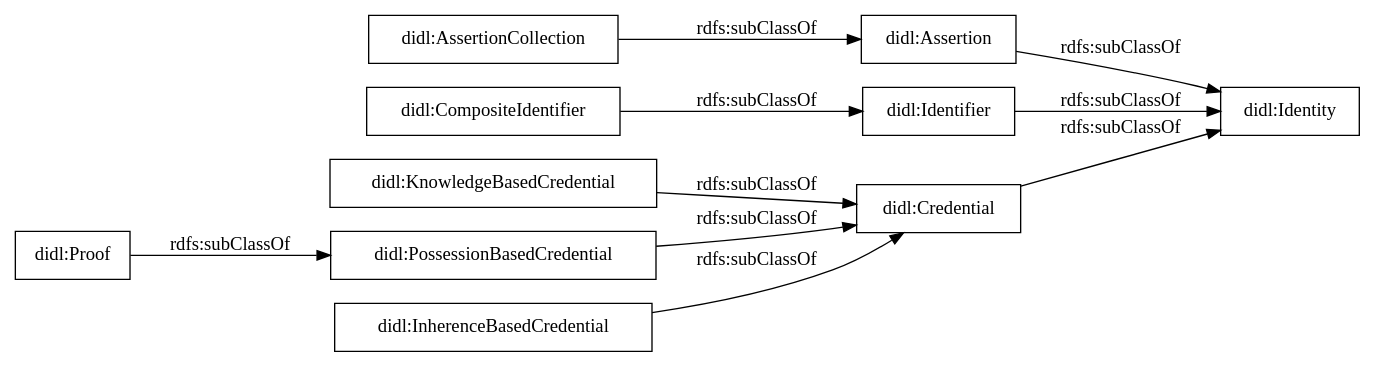
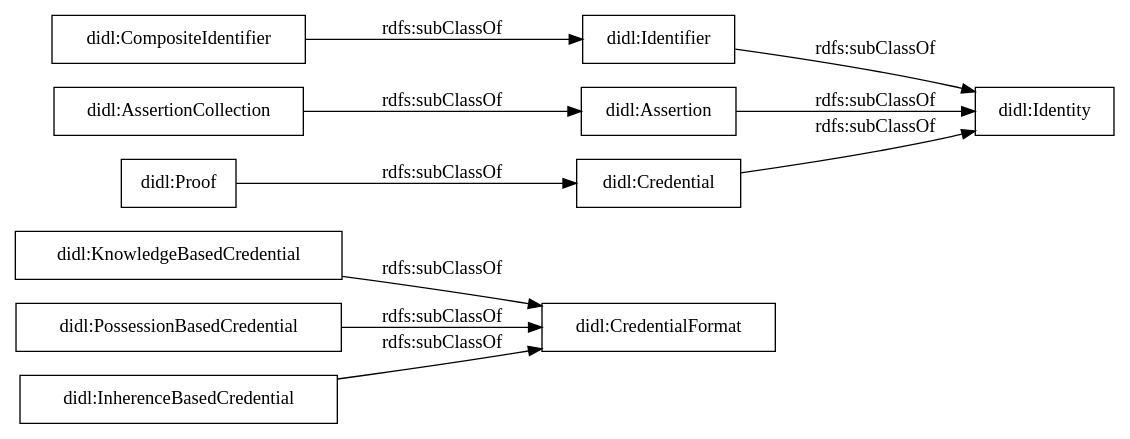
The diagram in OnToology/didl.ttl/diagrams/ar2dtool-taxonomy/didl.ttl.png.dot (jiahang-chen/didl), drawn with Graphviz before and after one commit. The commit also changed 12 other files, not shown here.

```diff
--- a/OnToology/didl.ttl/diagrams/ar2dtool-taxonomy/didl.ttl.png.dot
+++ b/OnToology/didl.ttl/diagrams/ar2dtool-taxonomy/didl.ttl.png.dot
@@ -1,15 +1,15 @@
 digraph ar2dtool_diagram { 
 rankdir=LR;
 size="1000"
-node [shape = rectangle, color="black"]; "didl:KnowledgeBasedCredential" "didl:CompositeIdentifier" "didl:PossessionBasedCredential" "didl:Assertion" "didl:Identity" "didl:Credential" "didl:InherenceBasedCredential" "didl:Proof" "didl:AssertionCollection" "didl:Identifier" ; /*classes style*/
-	"didl:KnowledgeBasedCredential" -> "didl:Credential" [ label = "rdfs:subClassOf" ];
-	"didl:InherenceBasedCredential" -> "didl:Credential" [ label = "rdfs:subClassOf" ];
-	"didl:PossessionBasedCredential" -> "didl:Credential" [ label = "rdfs:subClassOf" ];
+node [shape = rectangle, color="black"]; "didl:KnowledgeBasedCredential" "didl:CompositeIdentifier" "didl:PossessionBasedCredential" "didl:Assertion" "didl:Identity" "didl:Credential" "didl:CredentialFormat" "didl:InherenceBasedCredential" "didl:Proof" "didl:AssertionCollection" "didl:Identifier" ; /*classes style*/
+	"didl:KnowledgeBasedCredential" -> "didl:CredentialFormat" [ label = "rdfs:subClassOf" ];
+	"didl:InherenceBasedCredential" -> "didl:CredentialFormat" [ label = "rdfs:subClassOf" ];
+	"didl:PossessionBasedCredential" -> "didl:CredentialFormat" [ label = "rdfs:subClassOf" ];
 	"didl:Credential" -> "didl:Identity" [ label = "rdfs:subClassOf" ];
 	"didl:Identifier" -> "didl:Identity" [ label = "rdfs:subClassOf" ];
 	"didl:CompositeIdentifier" -> "didl:Identifier" [ label = "rdfs:subClassOf" ];
 	"didl:Assertion" -> "didl:Identity" [ label = "rdfs:subClassOf" ];
 	"didl:AssertionCollection" -> "didl:Assertion" [ label = "rdfs:subClassOf" ];
-	"didl:Proof" -> "didl:PossessionBasedCredential" [ label = "rdfs:subClassOf" ];
+	"didl:Proof" -> "didl:Credential" [ label = "rdfs:subClassOf" ];
 
 }
```
